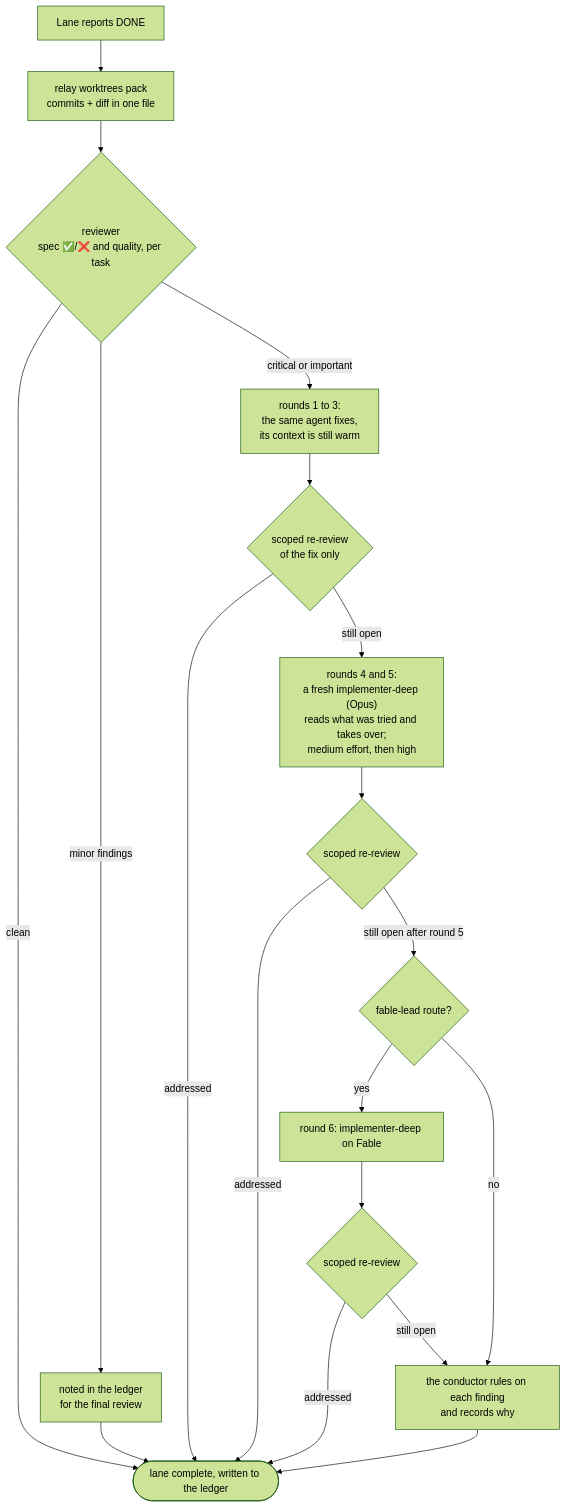
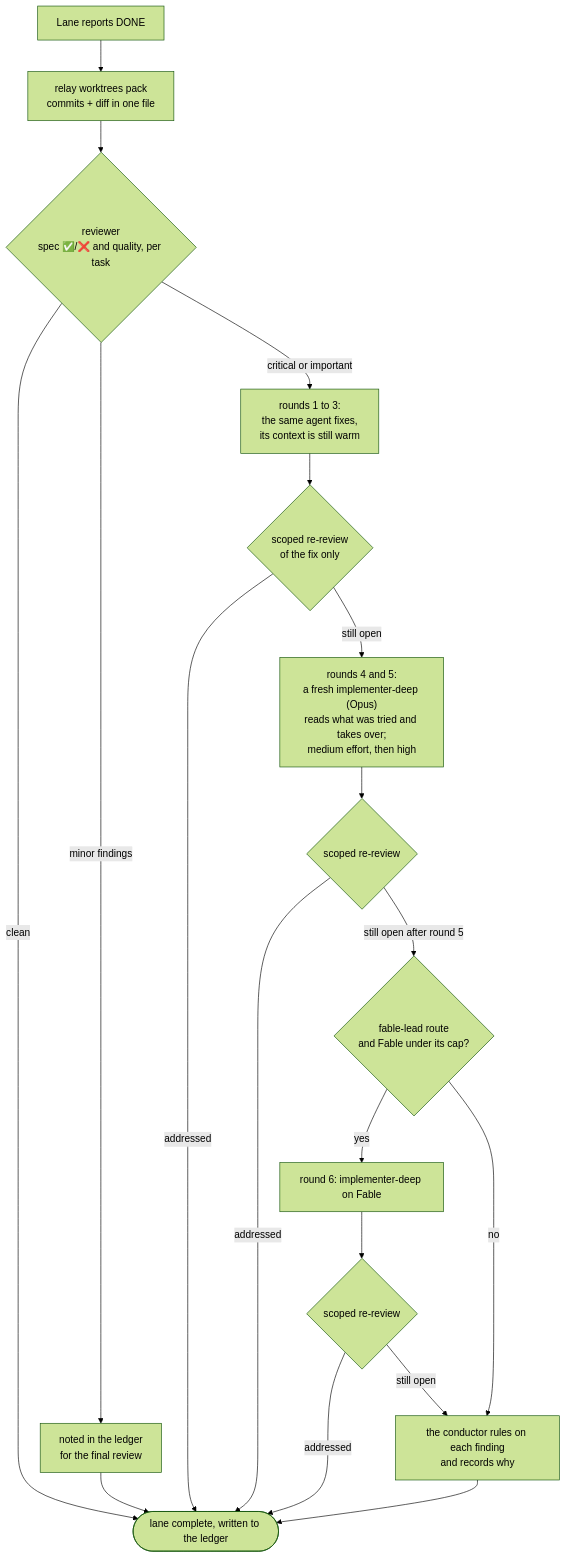
Before and after one commit to cube-digital/relay: the seventh of 15 diagrams in README.md, drawn with Mermaid (forest theme). The commit also changed other lines of this file and 5 other files, not shown here.

First line of the commit message:
Fix fable-lead gaps: effort reading, capped round 6, side-request model

````diff
--- a/README.md
+++ b/README.md
@@ -316,19 +316,19 @@
 ```mermaid
 flowchart TD
     done["Lane reports DONE"] --> pack["relay worktrees pack<br/>commits + diff in one file"]
     pack --> rev{"reviewer<br/>spec ✅/❌ and quality, per task"}
     rev -- clean --> ok(["lane complete, written to the ledger"])
     rev -- "minor findings" --> led["noted in the ledger<br/>for the final review"] --> ok
     rev -- "critical or important" --> f13["rounds 1 to 3:<br/>the same agent fixes,<br/>its context is still warm"]
     f13 --> rr1{"scoped re-review<br/>of the fix only"}
     rr1 -- addressed --> ok
     rr1 -- "still open" --> f45["rounds 4 and 5:<br/>a fresh implementer-deep (Opus)<br/>reads what was tried and takes over;<br/>medium effort, then high"]
     f45 --> rr2{"scoped re-review"}
     rr2 -- addressed --> ok
-    rr2 -- "still open after round 5" --> r6{"fable-lead route?"}
+    rr2 -- "still open after round 5" --> r6{"fable-lead route<br/>and Fable under its cap?"}
     r6 -- yes --> f6["round 6: implementer-deep on Fable"] --> rr3{"scoped re-review"}
     rr3 -- addressed --> ok
     rr3 -- "still open" --> rule
     r6 -- no --> rule["the conductor rules on each finding<br/>and records why"]
     rule --> ok
 ```
````
